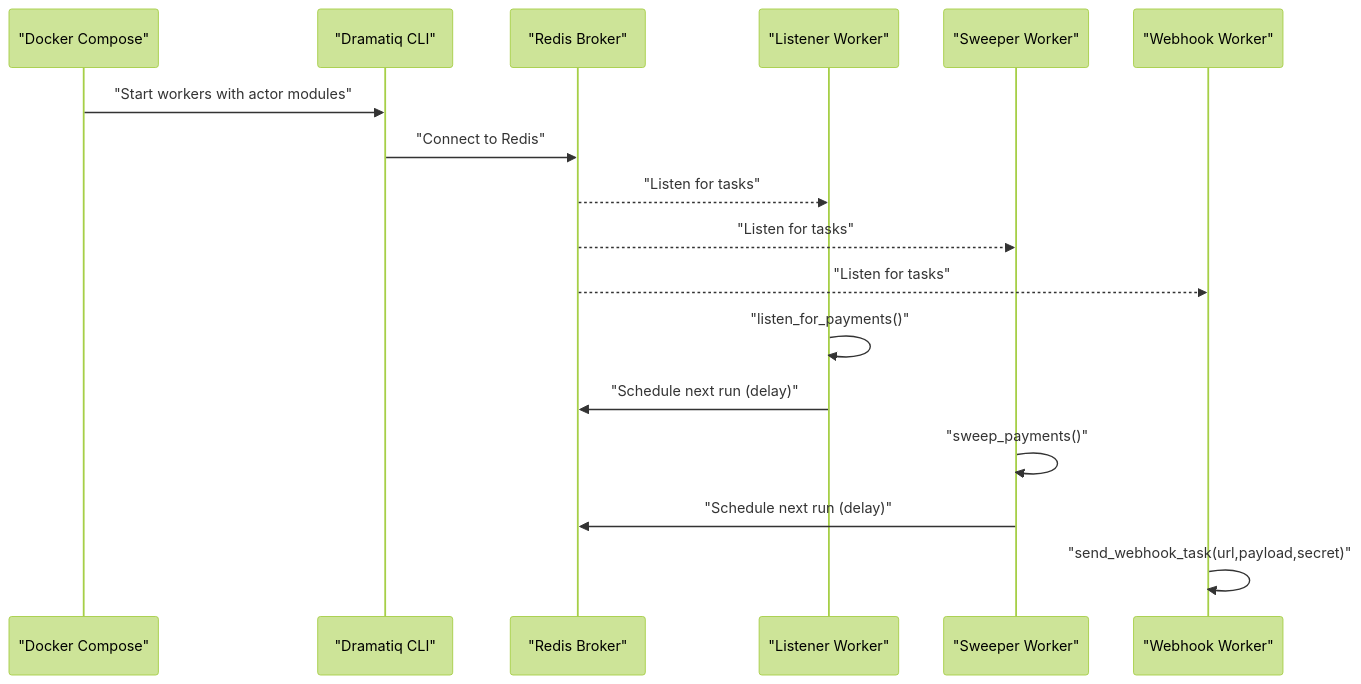
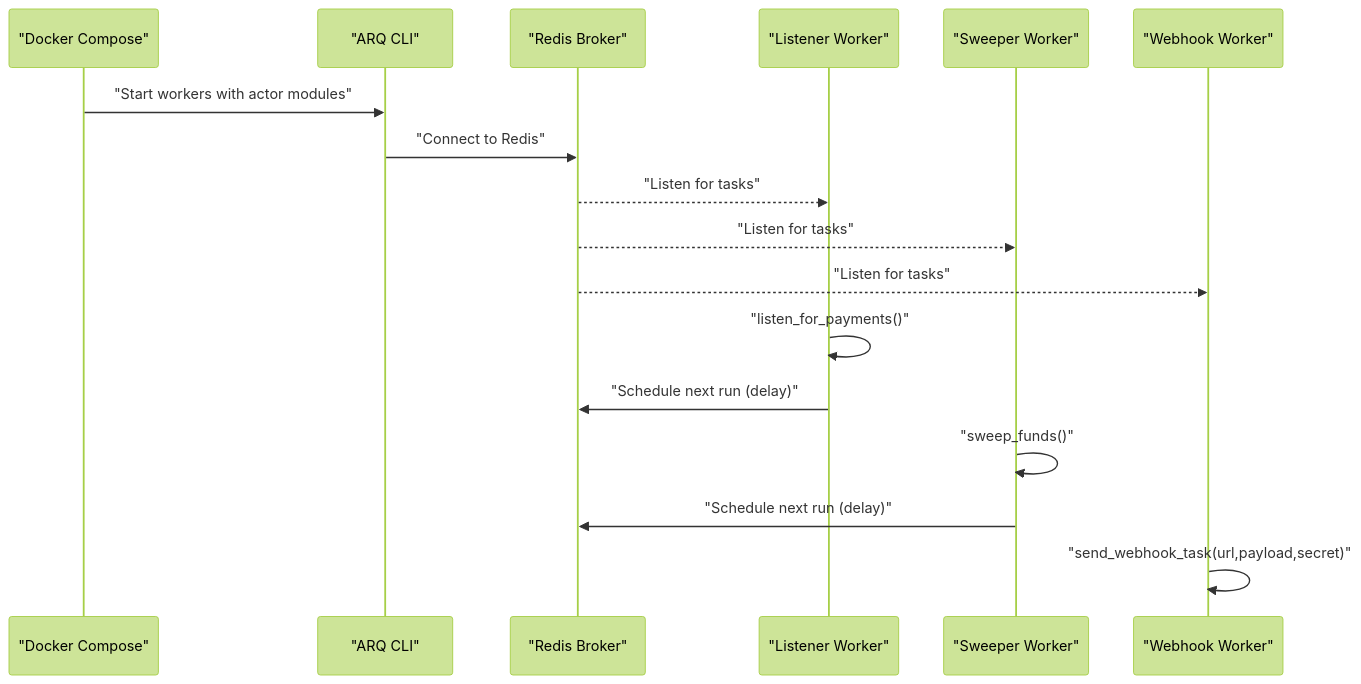
Before and after one commit to rakibhossain72/ctrip-docs: the second of 7 diagrams in docs/background-processing/background-processing.md, drawn with Mermaid (forest theme). The commit also changed other lines of this file and 25 other files, not shown here.

First line of the commit message:
docs: Update documentation to reflect ARQ task migration from Dramatiq

````diff
--- a/docs/background-processing/background-processing.md
+++ b/docs/background-processing/background-processing.md
@@ -160,19 +166,19 @@
 ```mermaid
 sequenceDiagram
 participant DC as "Docker Compose"
-participant DR as "Dramatiq CLI"
+participant DR as "ARQ CLI"
 participant RB as "Redis Broker"
 participant LW as "Listener Worker"
 participant SW as "Sweeper Worker"
 participant WH as "Webhook Worker"
 DC->>DR : "Start workers with actor modules"
 DR->>RB : "Connect to Redis"
 RB-->>LW : "Listen for tasks"
 RB-->>SW : "Listen for tasks"
 RB-->>WH : "Listen for tasks"
 LW->>LW : "listen_for_payments()"
 LW->>RB : "Schedule next run (delay)"
-SW->>SW : "sweep_payments()"
+SW->>SW : "sweep_funds()"
 SW->>RB : "Schedule next run (delay)"
 WH->>WH : "send_webhook_task(url,payload,secret)"
 ```
````
